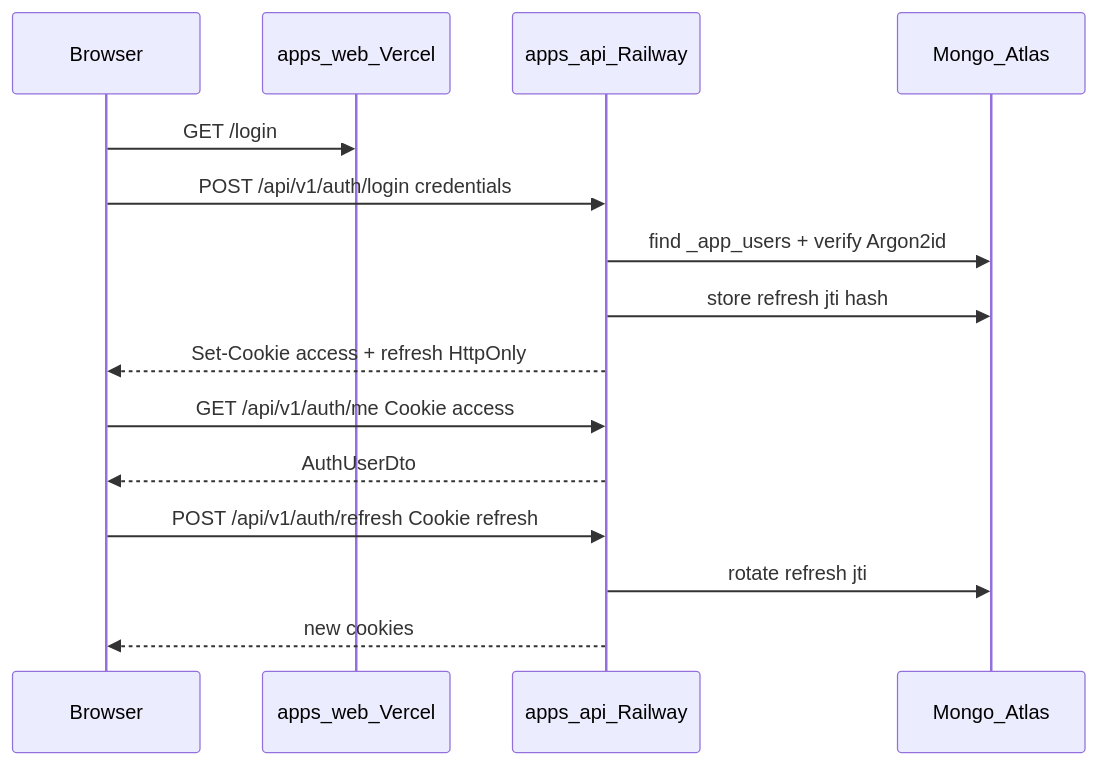
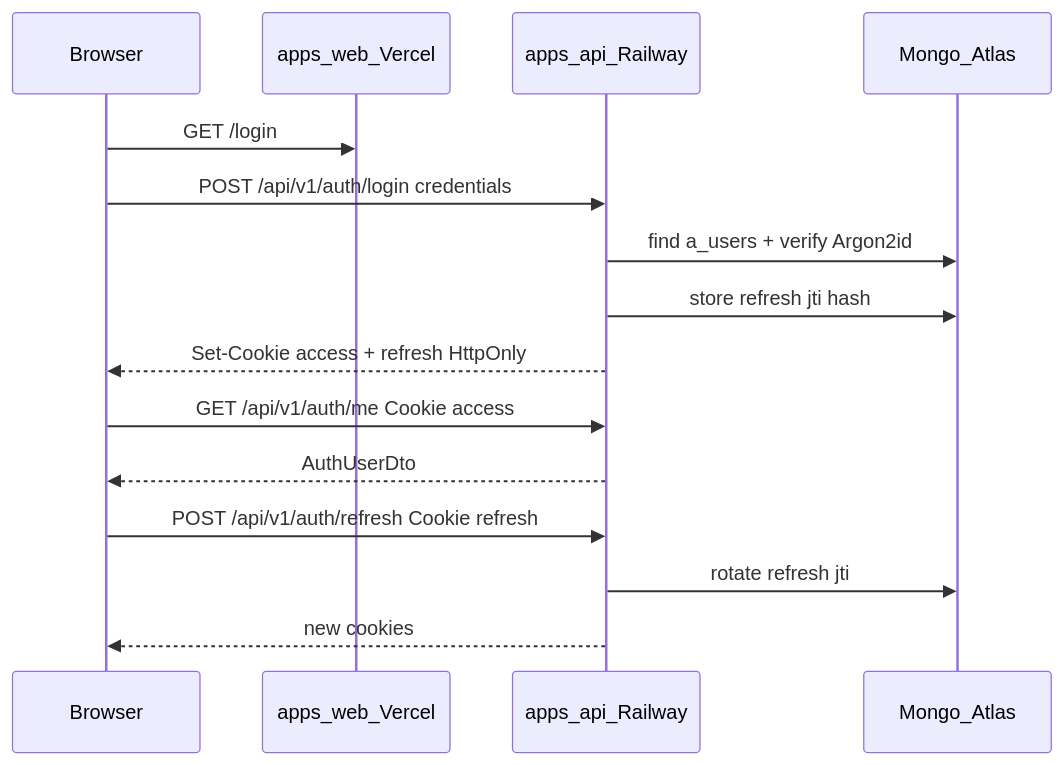
Before and after one commit to PlatenPrime/banal: the second of 2 diagrams in docs/PLATFORM-ROADMAP.md, drawn with Mermaid. The commit also changed other lines of this file and 16 other files, not shown here.

````diff
--- a/docs/PLATFORM-ROADMAP.md
+++ b/docs/PLATFORM-ROADMAP.md
@@ -138,18 +138,18 @@
 ```mermaid
 sequenceDiagram
   participant Browser
   participant Web as apps_web_Vercel
   participant API as apps_api_Railway
   participant Atlas as Mongo_Atlas
 
   Browser->>Web: GET /login
   Browser->>API: POST /api/v1/auth/login credentials
-  API->>Atlas: find _app_users + verify Argon2id
+  API->>Atlas: find a_users + verify Argon2id
   API->>Atlas: store refresh jti hash
   API-->>Browser: Set-Cookie access + refresh HttpOnly
   Browser->>API: GET /api/v1/auth/me Cookie access
   API-->>Browser: AuthUserDto
   Browser->>API: POST /api/v1/auth/refresh Cookie refresh
   API->>Atlas: rotate refresh jti
   API-->>Browser: new cookies
 ```
````
